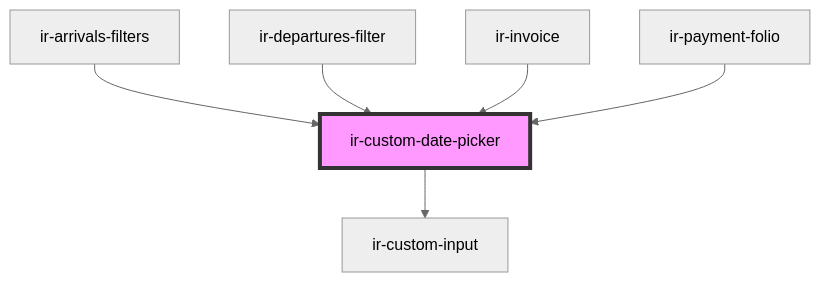
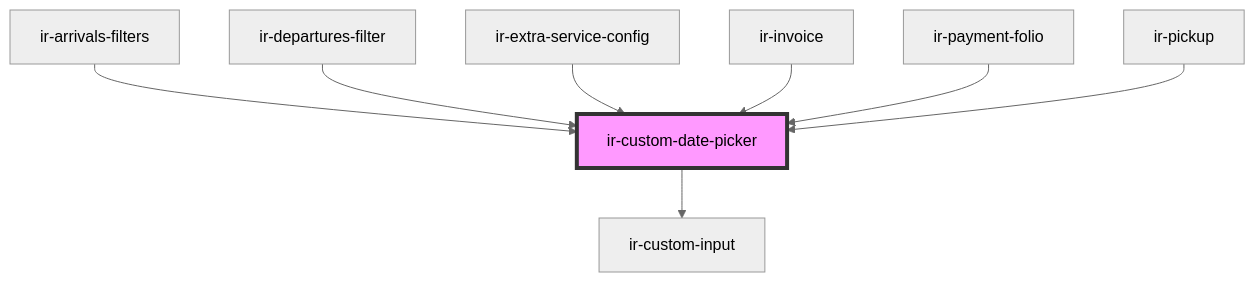
The diagram in src/components/ir-custom-date-picker/readme.md (David1Chowaifaty/modified-ir-webcmp), drawn with Mermaid (neutral theme) before and after one commit. The commit also changed other lines of this file and 69 other files, not shown here.

````diff
--- a/src/components/ir-custom-date-picker/readme.md
+++ b/src/components/ir-custom-date-picker/readme.md
@@ -78,9 +82,11 @@
 ```mermaid
 graph TD;
   ir-custom-date-picker --> ir-custom-input
   ir-arrivals-filters --> ir-custom-date-picker
   ir-departures-filter --> ir-custom-date-picker
+  ir-extra-service-config --> ir-custom-date-picker
   ir-invoice --> ir-custom-date-picker
   ir-payment-folio --> ir-custom-date-picker
+  ir-pickup --> ir-custom-date-picker
   style ir-custom-date-picker fill:#f9f,stroke:#333,stroke-width:4px
 ```
````
